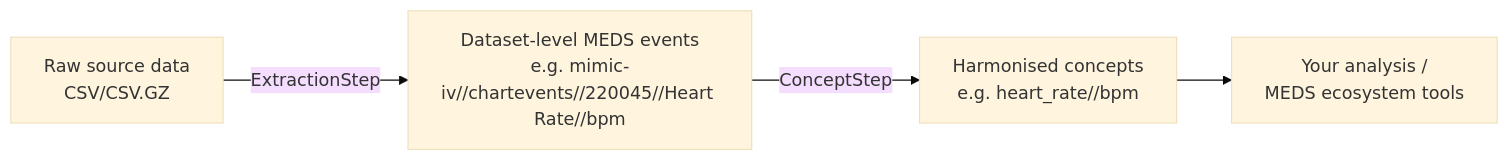
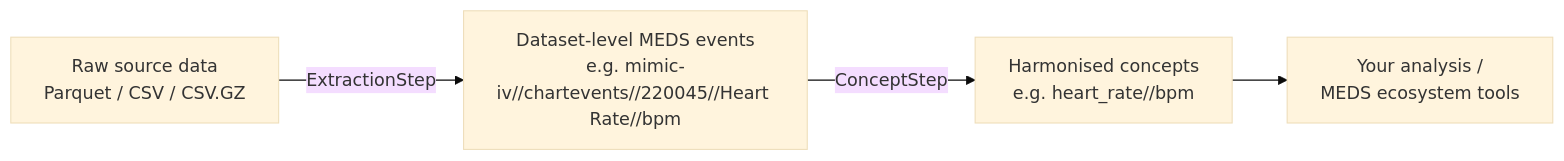
The diagram in README.md (aidh-ms/OpenICU), drawn with Mermaid (base theme) before and after one commit. The commit also changed other lines of this file, not shown here.

````diff
--- a/README.md
+++ b/README.md
@@ -34,6 +34,6 @@
 ```mermaid
 flowchart LR
-    A[Raw source data<br>CSV/CSV.GZ] -->|ExtractionStep| B[Dataset-level MEDS events<br>e.g. mimic-iv//chartevents//220045//Heart Rate//bpm]
+    A[Raw source data<br>Parquet / CSV / CSV.GZ] -->|ExtractionStep| B[Dataset-level MEDS events<br>e.g. mimic-iv//chartevents//220045//Heart Rate//bpm]
     B -->|ConceptStep| C[Harmonised concepts<br>e.g. heart_rate//bpm]
     C --> D[Your analysis /<br>MEDS ecosystem tools]
 ```
````
